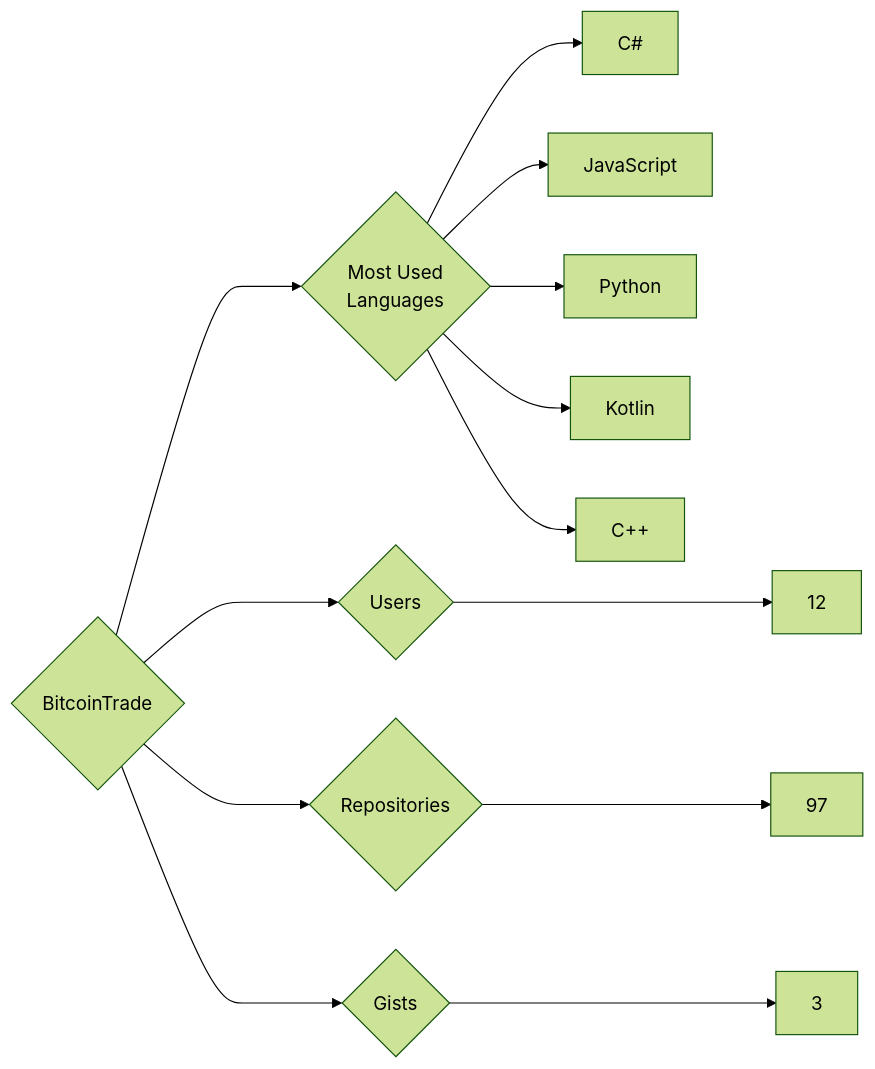
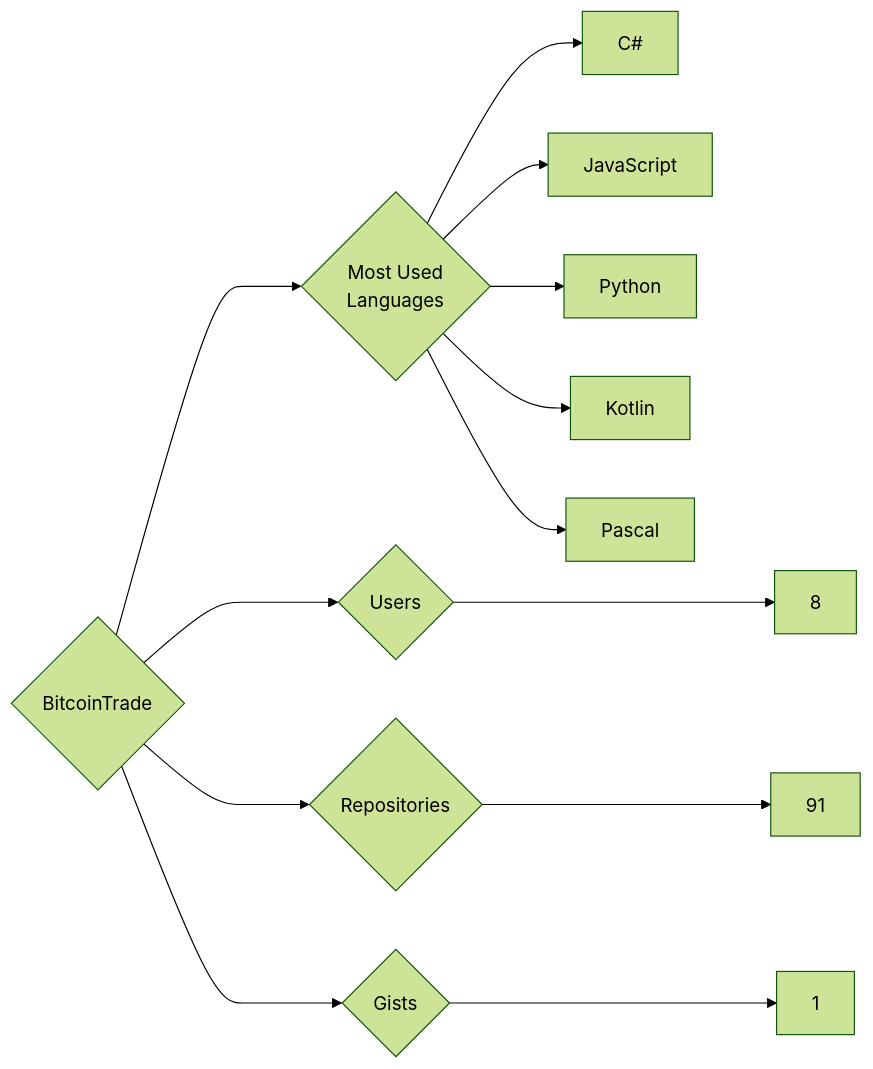
The diagram in targets/BitcoinTrade/README.md (trickest/insiders), drawn with Mermaid (forest theme) before and after one commit. The commit also changed 857 other files, not shown here.

````diff
--- a/targets/BitcoinTrade/README.md
+++ b/targets/BitcoinTrade/README.md
@@ -3,13 +3,13 @@
 ```mermaid
 graph LR
 COMPANY_NAME{BitcoinTrade}
-COMPANY_NAME ---> U{Users} ---> UN[12]
-COMPANY_NAME ---> R{Repositories} ---> RN[97]
-COMPANY_NAME ---> G{Gists} ---> GN[3]
+COMPANY_NAME ---> U{Users} ---> UN[8]
+COMPANY_NAME ---> R{Repositories} ---> RN[91]
+COMPANY_NAME ---> G{Gists} ---> GN[1]
 COMPANY_NAME ---> ML{Most Used<br>Languages}
 ML --> C#[C#]
 ML --> JavaScript[JavaScript]
 ML --> Python[Python]
 ML --> Kotlin[Kotlin]
-ML --> C++[C++]
+ML --> Pascal[Pascal]
 ```
````
